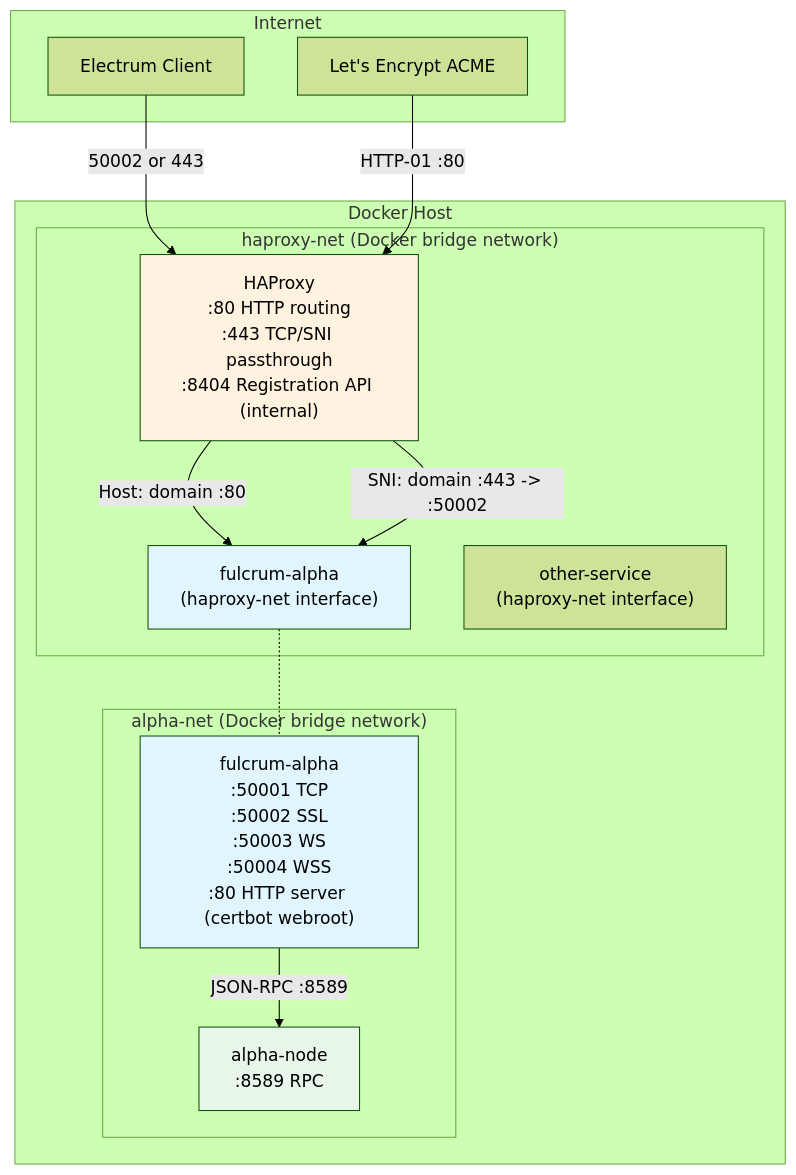
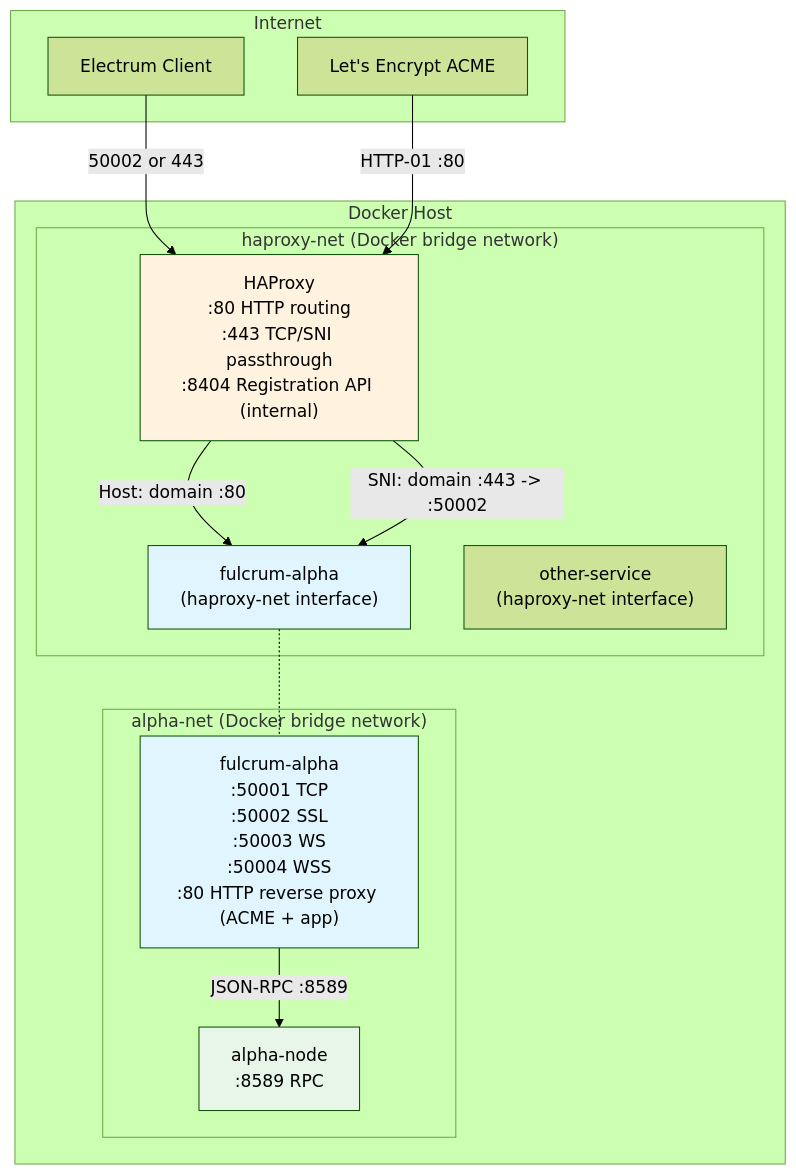
One commit to unicitynetwork/Fulcrum-Alpha changed the second of 2 diagrams in docker/specs/SSL_MANAGEMENT_ARCHITECTURE.md. Above: the diagram before and after it, drawn with Mermaid (forest theme). The commit also changed other lines of this file and 2 other files, not shown here.

First line of the commit message:
docs(docker): replace HTTP server with reverse proxy on port 80

````diff
--- a/docker/specs/SSL_MANAGEMENT_ARCHITECTURE.md
+++ b/docker/specs/SSL_MANAGEMENT_ARCHITECTURE.md
@@ -922,32 +959,32 @@
 ```mermaid
 graph TB
     subgraph Internet
         Client[Electrum Client]
         LE[Let's Encrypt ACME]
     end
 
     subgraph Host["Docker Host"]
         subgraph haproxy-net["haproxy-net (Docker bridge network)"]
             HAProxy["HAProxy<br/>:80 HTTP routing<br/>:443 TCP/SNI passthrough<br/>:8404 Registration API (internal)"]
             Fulcrum_hp["fulcrum-alpha<br/>(haproxy-net interface)"]
             Other["other-service<br/>(haproxy-net interface)"]
         end
 
         subgraph alpha-net["alpha-net (Docker bridge network)"]
-            Fulcrum_an["fulcrum-alpha<br/>:50001 TCP<br/>:50002 SSL<br/>:50003 WS<br/>:50004 WSS<br/>:80 HTTP server (certbot webroot)"]
+            Fulcrum_an["fulcrum-alpha<br/>:50001 TCP<br/>:50002 SSL<br/>:50003 WS<br/>:50004 WSS<br/>:80 HTTP reverse proxy (ACME + app)"]
             AlphaNode["alpha-node<br/>:8589 RPC"]
         end
     end
 
     Client -->|"50002 or 443"| HAProxy
     LE -->|"HTTP-01 :80"| HAProxy
     HAProxy -->|"Host: domain :80"| Fulcrum_hp
     HAProxy -->|"SNI: domain :443 -> :50002"| Fulcrum_hp
     Fulcrum_hp -.- Fulcrum_an
     Fulcrum_an -->|"JSON-RPC :8589"| AlphaNode
 
     style Fulcrum_hp fill:#e1f5fe
     style Fulcrum_an fill:#e1f5fe
     style HAProxy fill:#fff3e0
     style AlphaNode fill:#e8f5e9
 ```
````
